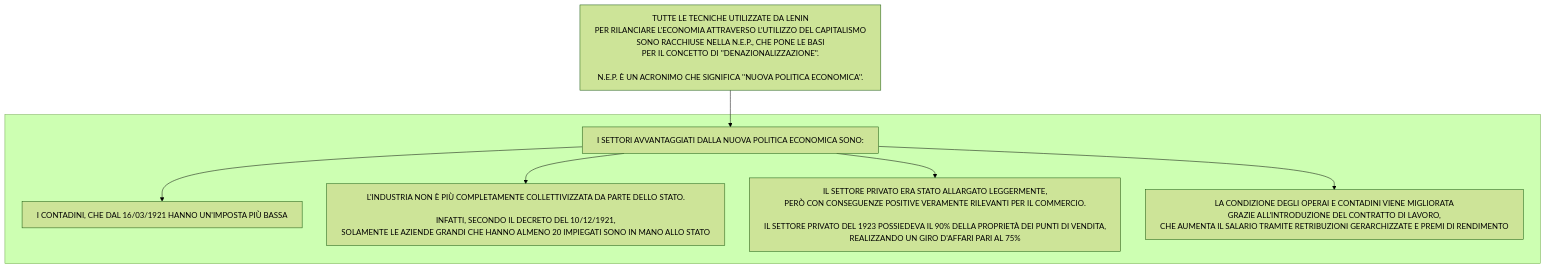
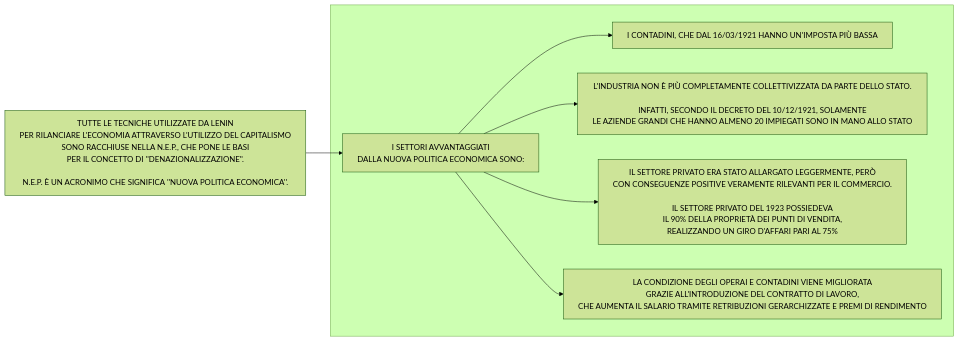
One commit to Laaouatni/ricerca-storia-MermaidJS changed diagram 20 of 20 in stalinismoRiscrittura.md. Above: the diagram before and after it, drawn with Mermaid (forest theme).

````diff
--- a/stalinismoRiscrittura.md
+++ b/stalinismoRiscrittura.md
@@ -394,13 +394,13 @@
 ```mermaid
 %%{init: { "flowchart": { "wrappingWidth": 800 } }}%%
-flowchart TB
+flowchart LR
   0[TUTTE LE TECNICHE UTILIZZATE DA LENIN <BR>PER RILANCIARE L'ECONOMIA ATTRAVERSO L'UTILIZZO DEL CAPITALISMO <BR> SONO RACCHIUSE NELLA N.E.P., CHE PONE LE BASI <BR>PER IL CONCETTO DI ''DENAZIONALIZZAZIONE''. <BR><BR>N.E.P. È UN ACRONIMO CHE SIGNIFICA ''NUOVA POLITICA ECONOMICA''.]
   subgraph 2[" "]
-    1[I SETTORI AVVANTAGGIATI DALLA NUOVA POLITICA ECONOMICA SONO:]
+    1[I SETTORI AVVANTAGGIATI <BR>DALLA NUOVA POLITICA ECONOMICA SONO:]
     10[I CONTADINI, CHE DAL 16/03/1921 HANNO UN'IMPOSTA PIÙ BASSA]
-    11[L'INDUSTRIA NON È PIÙ COMPLETAMENTE COLLETTIVIZZATA DA PARTE DELLO STATO. <br><br>INFATTI, SECONDO IL DECRETO DEL 10/12/1921, <br>SOLAMENTE LE AZIENDE GRANDI CHE HANNO ALMENO 20 IMPIEGATI SONO IN MANO ALLO STATO]
-    12[IL SETTORE PRIVATO ERA STATO ALLARGATO LEGGERMENTE, <br>PERÒ CON CONSEGUENZE POSITIVE VERAMENTE RILEVANTI PER IL COMMERCIO. <br><br>IL SETTORE PRIVATO DEL 1923 POSSIEDEVA IL 90% DELLA PROPRIETÀ DEI PUNTI DI VENDITA, <br>REALIZZANDO UN GIRO D'AFFARI PARI AL 75%]
+    11[L'INDUSTRIA NON È PIÙ COMPLETAMENTE COLLETTIVIZZATA DA PARTE DELLO STATO. <br><br>INFATTI, SECONDO IL DECRETO DEL 10/12/1921, SOLAMENTE<br> LE AZIENDE GRANDI CHE HANNO ALMENO 20 IMPIEGATI SONO IN MANO ALLO STATO]
+    12[IL SETTORE PRIVATO ERA STATO ALLARGATO LEGGERMENTE, PERÒ <br>CON CONSEGUENZE POSITIVE VERAMENTE RILEVANTI PER IL COMMERCIO. <br><br>IL SETTORE PRIVATO DEL 1923 POSSIEDEVA <BR>IL 90% DELLA PROPRIETÀ DEI PUNTI DI VENDITA, <br>REALIZZANDO UN GIRO D'AFFARI PARI AL 75%]
     13[LA CONDIZIONE DEGLI OPERAI E CONTADINI VIENE MIGLIORATA <br>GRAZIE ALL'INTRODUZIONE DEL CONTRATTO DI LAVORO, <br>CHE AUMENTA IL SALARIO TRAMITE RETRIBUZIONI GERARCHIZZATE E PREMI DI RENDIMENTO]
   end
   0 --> 1 --> 10 & 11 & 12 & 13
 ```
````
